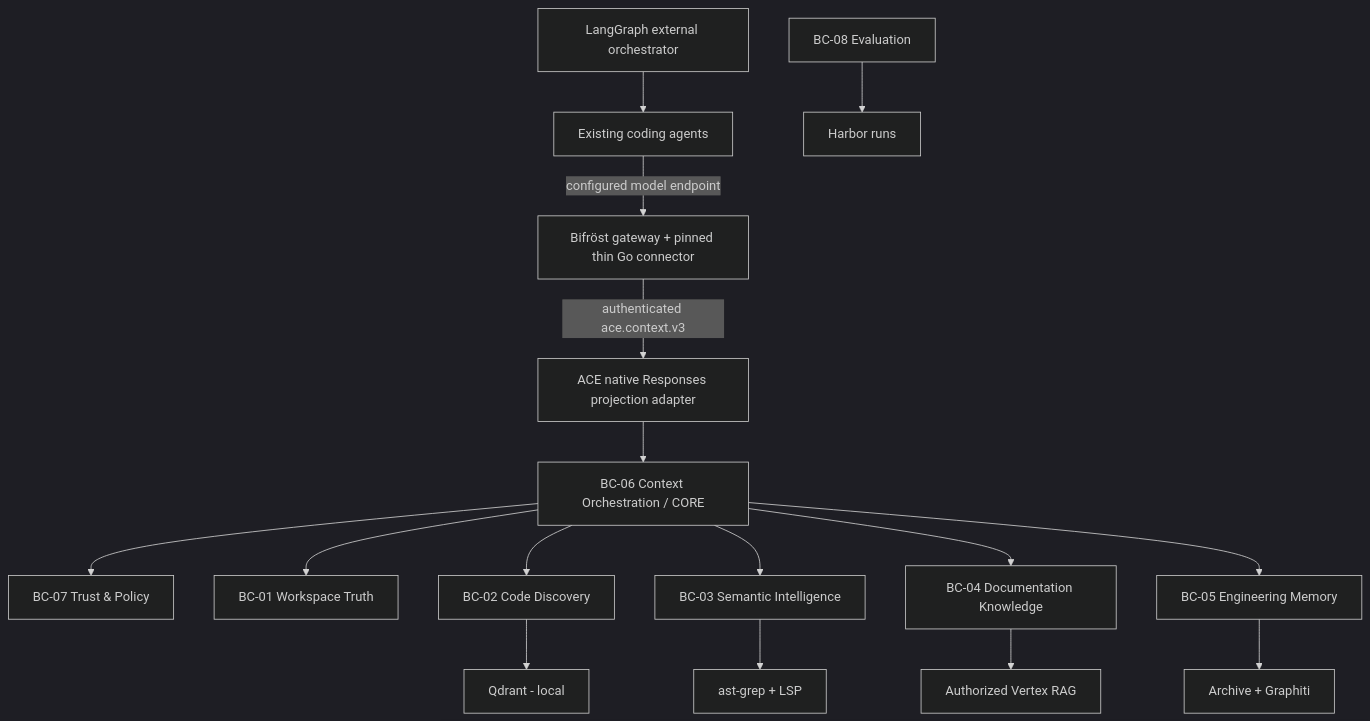
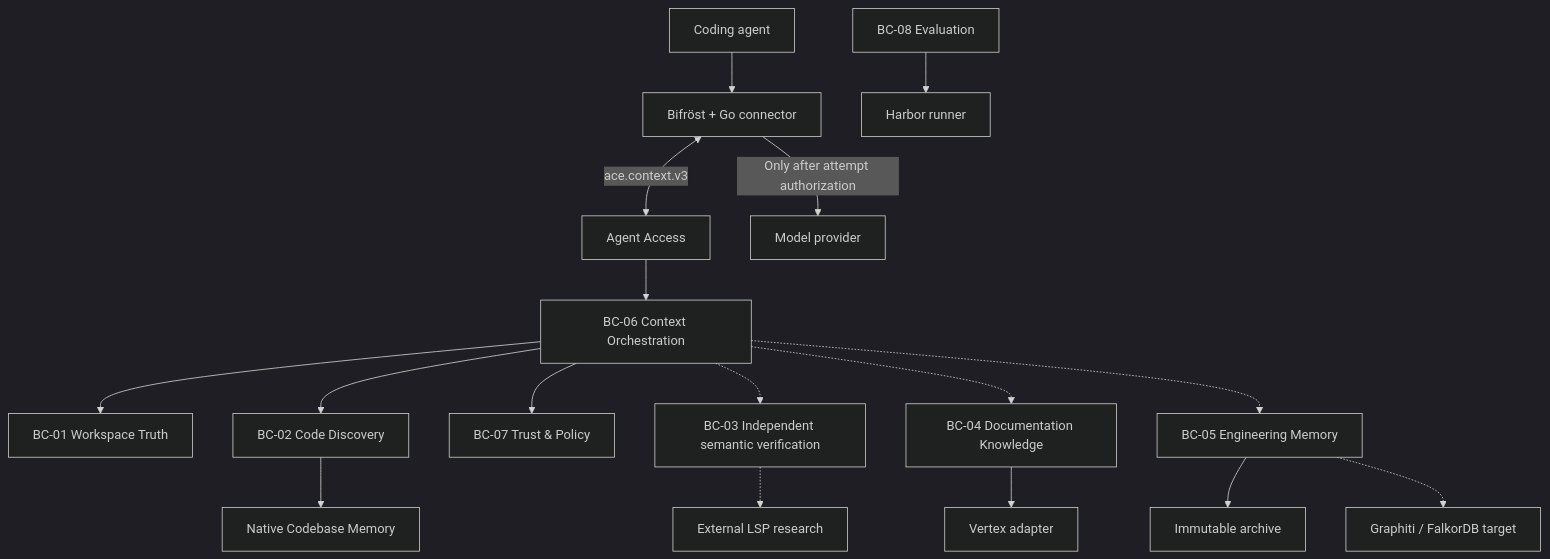
The diagram in docs/architecture/01-strategic-ddd.md (chris-madsen/Hybrid-RAG), drawn with Mermaid (dark theme) before and after one commit. The commit also changed other lines of this file and 37 other files, not shown here.

First line of the commit message:
docs: English documentation and native-runtime consistency audit (#392)

````diff
--- a/docs/architecture/01-strategic-ddd.md
+++ b/docs/architecture/01-strategic-ddd.md
@@ -76,18 +69,19 @@
 ```mermaid
 flowchart TB
-  LG["LangGraph external orchestrator"] --> AG["Existing coding agents"]
-  AG -->|"configured model endpoint"| BF["Bifröst gateway + pinned thin Go connector"]
-  BF -->|"authenticated ace.context.v3"| ACL["ACE native Responses projection adapter"]
-  ACL --> O["BC-06 Context Orchestration / CORE"]
-  O --> P["BC-07 Trust & Policy"]
+  AG["Coding agent"] --> BF["Bifröst + Go connector"]
+  BF <-->|"ace.context.v3"| ACL["Agent Access"]
+  ACL --> O["BC-06 Context Orchestration"]
   O --> W["BC-01 Workspace Truth"]
   O --> C["BC-02 Code Discovery"]
-  O --> S["BC-03 Semantic Intelligence"]
-  O --> D["BC-04 Documentation Knowledge"]
-  O --> M["BC-05 Engineering Memory"]
-  C --> Q["Qdrant - local"]
-  S --> L["ast-grep + LSP"]
-  D --> V["Authorized Vertex RAG"]
-  M --> G["Archive + Graphiti"]
-  E["BC-08 Evaluation"] --> H["Harbor runs"]
+  O --> P["BC-07 Trust & Policy"]
+  C --> CBM["Native Codebase Memory"]
+  O -.-> S["BC-03 Independent semantic verification"]
+  S -.-> LS["External LSP research"]
+  O -.-> D["BC-04 Documentation Knowledge"]
+  D --> V["Vertex adapter"]
+  O -.-> M["BC-05 Engineering Memory"]
+  M --> A["Immutable archive"]
+  M -.-> G["Graphiti / FalkorDB target"]
+  E["BC-08 Evaluation"] --> H["Harbor runner"]
+  BF -->|"Only after attempt authorization"| L["Model provider"]
 ```
````
